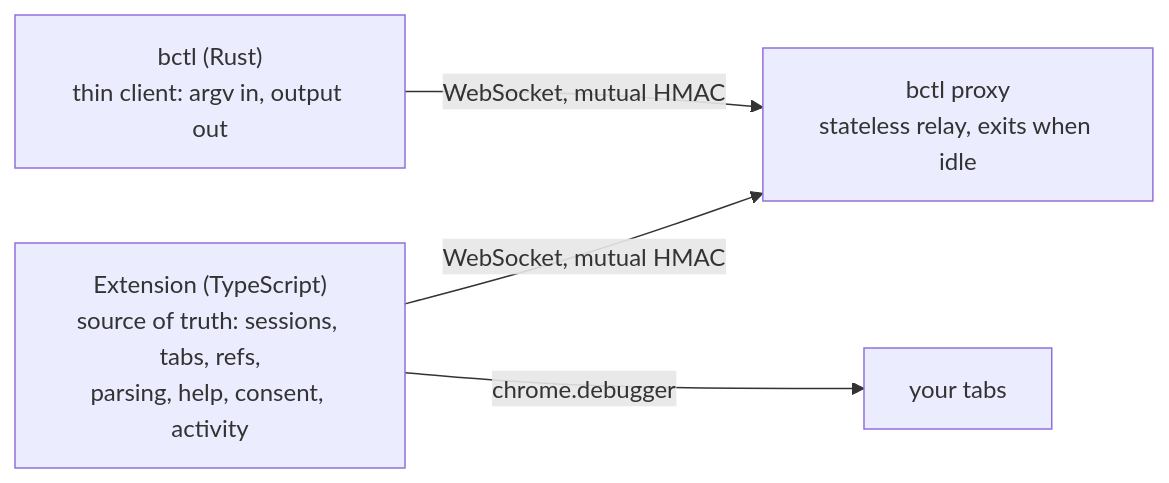
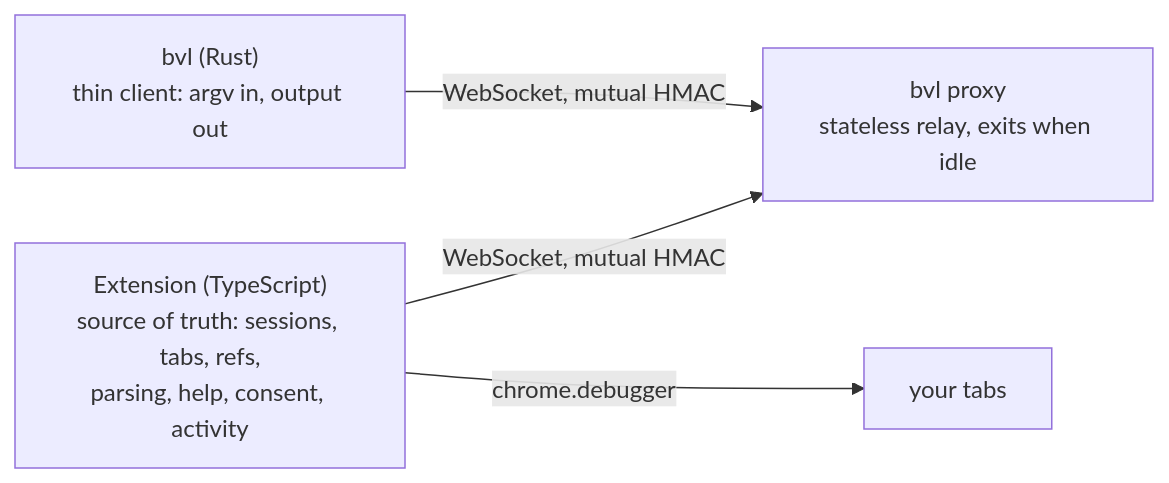
One commit to ThilinaTLM/browser-valet changed the diagram in README.md. Above: the diagram before and after it, drawn with Mermaid. The commit also changed other lines of this file and 13 other files, not shown here.

````diff
--- a/README.md
+++ b/README.md
@@ -7,6 +7,6 @@
 ```mermaid
 flowchart LR
-  CLI["bctl (Rust)<br/>thin client: argv in, output out"] -->|WebSocket, mutual HMAC| P["bctl proxy<br/>stateless relay, exits when idle"]
+  CLI["bvl (Rust)<br/>thin client: argv in, output out"] -->|WebSocket, mutual HMAC| P["bvl proxy<br/>stateless relay, exits when idle"]
   EXT["Extension (TypeScript)<br/>source of truth: sessions, tabs, refs,<br/>parsing, help, consent, activity"] -->|WebSocket, mutual HMAC| P
   EXT -->|chrome.debugger| T[your tabs]
 ```
````
